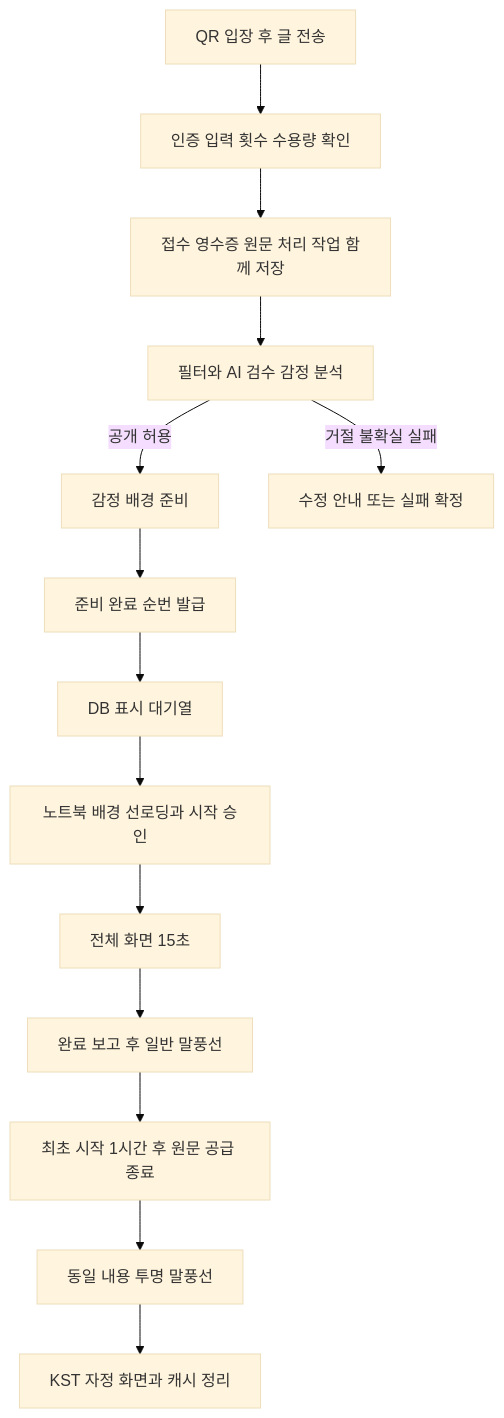
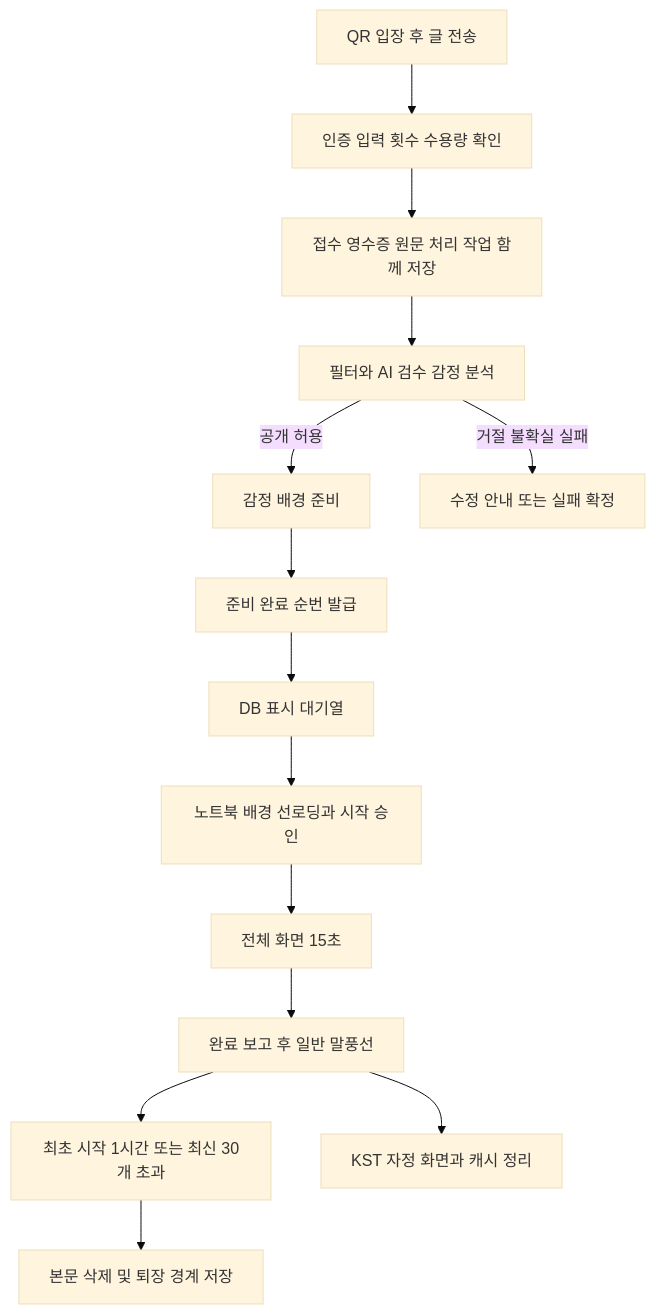
One commit to eouleoul827/moodwall changed the diagram in docs/playback-design.md. Above: the diagram before and after it, drawn with Mermaid (base theme). The commit also changed other lines of this file and 36 other files, not shown here.

Commit message:
Finalize student sky design and bounded flowing cloud display

````diff
--- a/docs/playback-design.md
+++ b/docs/playback-design.md
@@ -30,16 +30,16 @@
 ```mermaid
 flowchart TD
   A[QR 입장 후 글 전송] --> B[인증 입력 횟수 수용량 확인]
   B --> C[접수 영수증 원문 처리 작업 함께 저장]
   C --> D[필터와 AI 검수 감정 분석]
   D -->|공개 허용| E[감정 배경 준비]
   D -->|거절 불확실 실패| X[수정 안내 또는 실패 확정]
   E --> F[준비 완료 순번 발급]
   F --> G[DB 표시 대기열]
   G --> H[노트북 배경 선로딩과 시작 승인]
   H --> I[전체 화면 15초]
   I --> J[완료 보고 후 일반 말풍선]
-  J --> K[최초 시작 1시간 후 원문 공급 종료]
-  K --> L[동일 내용 투명 말풍선]
-  L --> M[KST 자정 화면과 캐시 정리]
+  J --> K[최초 시작 1시간 또는 최신 30개 초과]
+  K --> L[본문 삭제 및 퇴장 경계 저장]
+  J --> M[KST 자정 화면과 캐시 정리]
 ```
````
